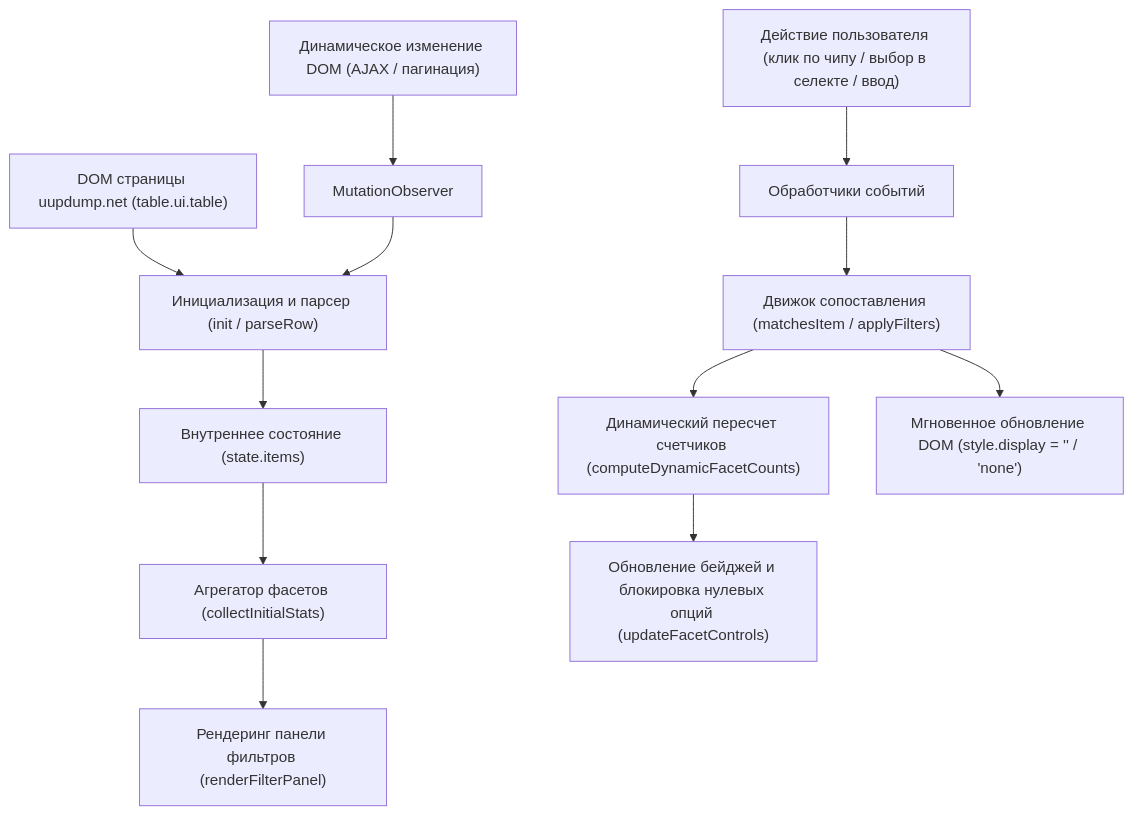
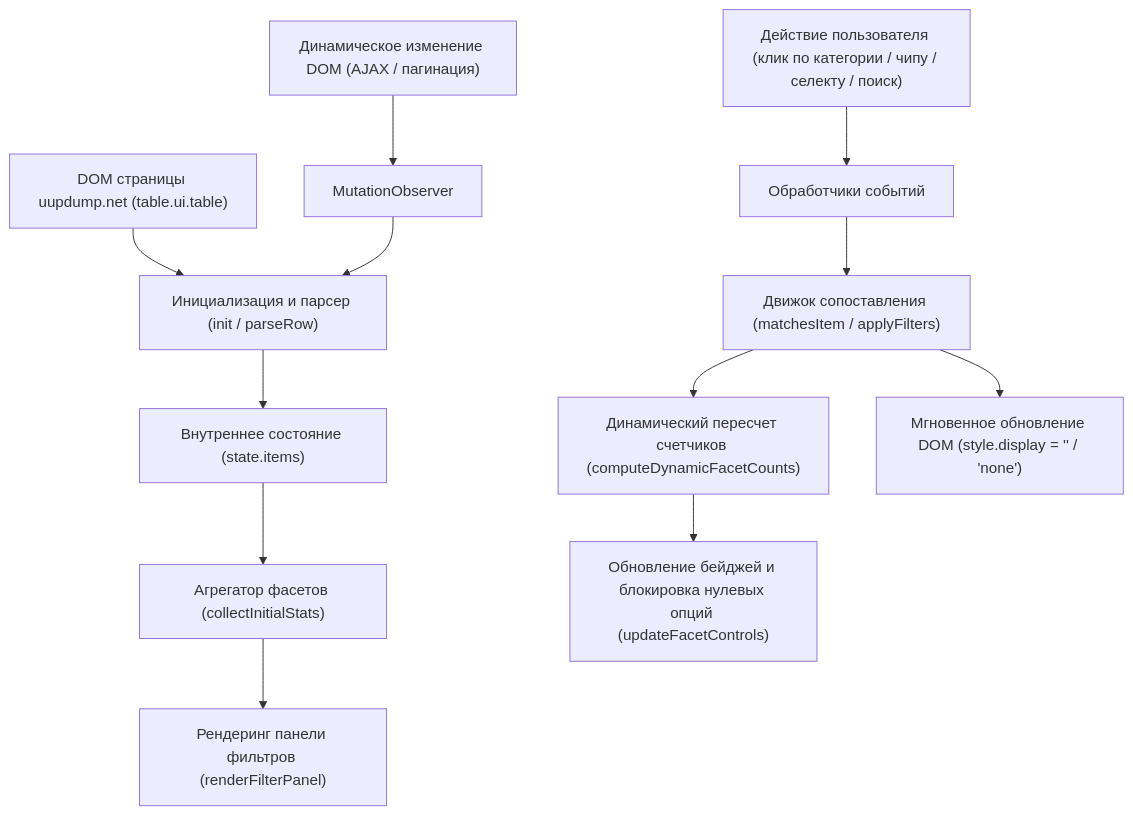
Before and after one commit to BasimovIF-AI/userscript-uupdump: the diagram in ARCHITECTURE.md, drawn with Mermaid. The commit also changed other lines of this file and 6 other files, not shown here.

````diff
--- a/ARCHITECTURE.md
+++ b/ARCHITECTURE.md
@@ -9,16 +9,16 @@
 ```mermaid
 flowchart TD
     DOM["DOM страницы uupdump.net (table.ui.table)"] --> Scanner["Инициализация и парсер (init / parseRow)"]
     Scanner --> State["Внутреннее состояние (state.items)"]
     State --> Facets["Агрегатор фасетов (collectInitialStats)"]
     Facets --> UI["Рендеринг панели фильтров (renderFilterPanel)"]
     
-    UserAction["Действие пользователя (клик по чипу / выбор в селекте / ввод)"] --> EventHandlers["Обработчики событий"]
+    UserAction["Действие пользователя (клик по категории / чипу / селекту / поиск)"] --> EventHandlers["Обработчики событий"]
     EventHandlers --> FilterEngine["Движок сопоставления (matchesItem / applyFilters)"]
     FilterEngine --> DynamicRecalc["Динамический пересчет счетчиков (computeDynamicFacetCounts)"]
     FilterEngine --> DOMUpdate["Мгновенное обновление DOM (style.display = '' / 'none')"]
     DynamicRecalc --> ControlState["Обновление бейджей и блокировка нулевых опций (updateFacetControls)"]
     
     DOMChange["Динамическое изменение DOM (AJAX / пагинация)"] --> MutationObserver["MutationObserver"]
     MutationObserver --> Scanner
 ```
````
